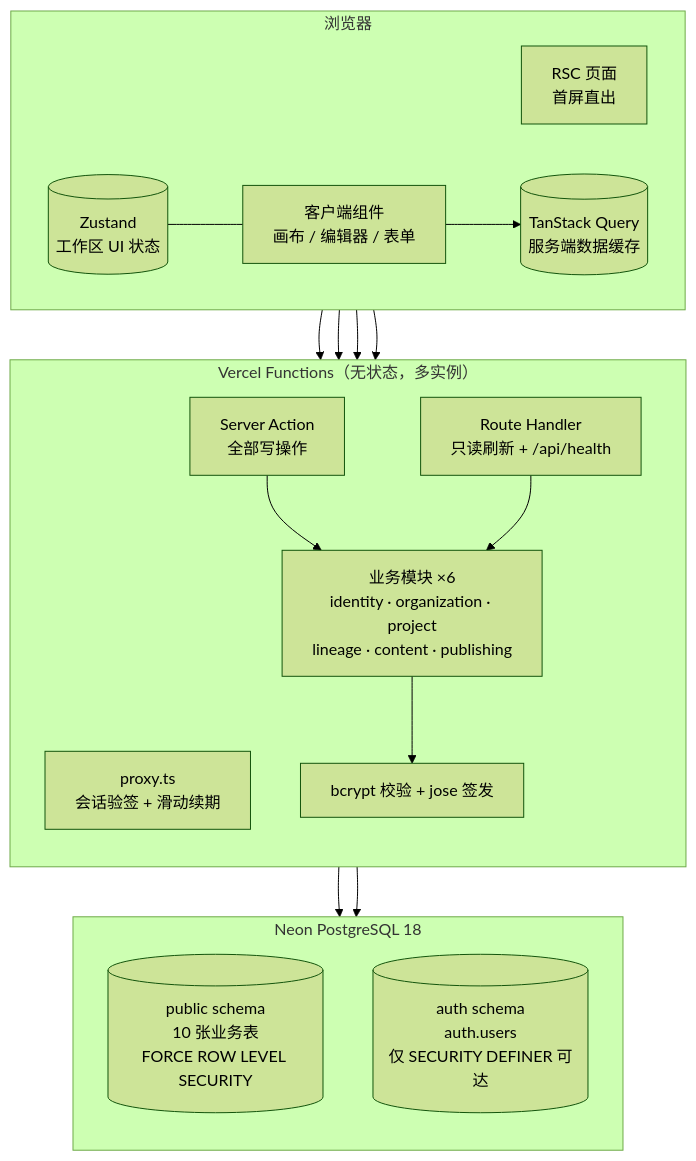
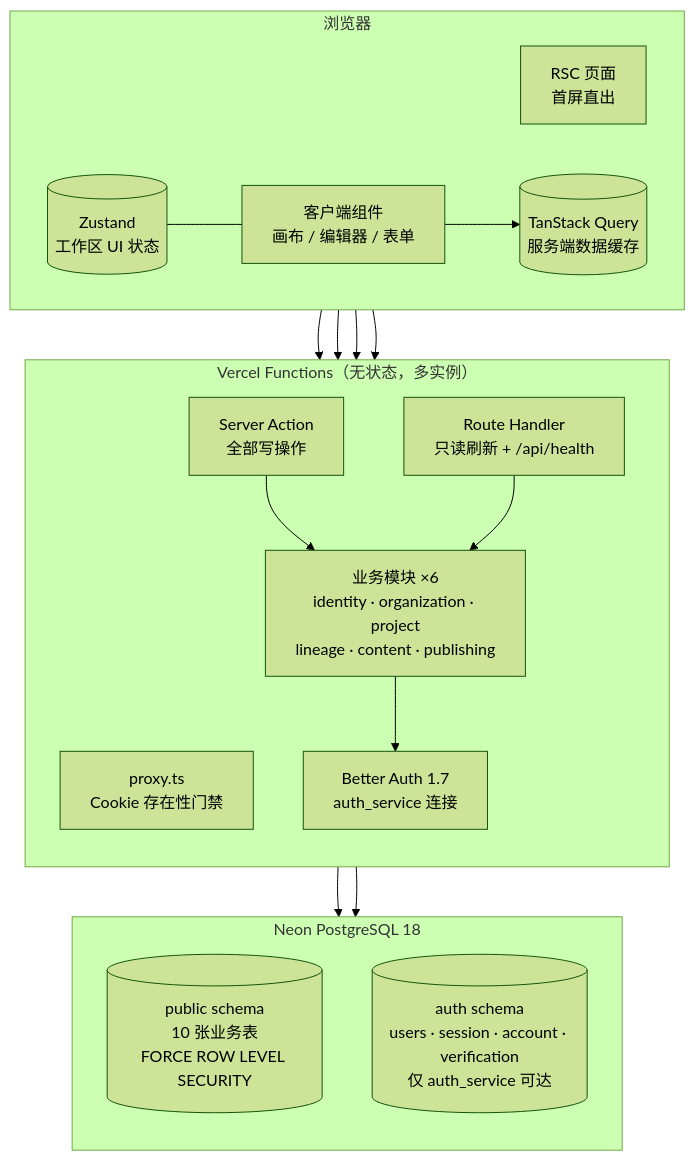
The diagram in docs/architecture/00-overview.md (bobo522487/gramps), drawn with Mermaid (forest theme) before and after one commit. The commit also changed other lines of this file and 20 other files, not shown here.

First line of the commit message:
docs(auth): 同步自托管 Better Auth 架构与运维文档

````diff
--- a/docs/architecture/00-overview.md
+++ b/docs/architecture/00-overview.md
@@ -40,37 +40,37 @@
 ```mermaid
 flowchart TB
   subgraph Browser["浏览器"]
     direction LR
     RSC["RSC 页面<br/>首屏直出"]
     CC["客户端组件<br/>画布 / 编辑器 / 表单"]
     TQ[("TanStack Query<br/>服务端数据缓存")]
     ZS[("Zustand<br/>工作区 UI 状态")]
   end
 
   subgraph Vercel["Vercel Functions（无状态，多实例）"]
     direction TB
-    PX["proxy.ts<br/>会话验签 + 滑动续期"]
+    PX["proxy.ts<br/>Cookie 存在性门禁"]
     ACT["Server Action<br/>全部写操作"]
     RH["Route Handler<br/>只读刷新 + /api/health"]
     MOD["业务模块 ×6<br/>identity · organization · project<br/>lineage · content · publishing"]
-    AUTHC["bcrypt 校验 + jose 签发"]
+    AUTHC["Better Auth 1.7<br/>auth_service 连接"]
   end
 
   subgraph Neon["Neon PostgreSQL 18"]
     direction TB
     PUB[("public schema<br/>10 张业务表<br/>FORCE ROW LEVEL SECURITY")]
-    AUTHS[("auth schema<br/>auth.users<br/>仅 SECURITY DEFINER 可达")]
+    AUTHS[("auth schema<br/>users · session · account · verification<br/>仅 auth_service 可达")]
   end
 
   RSC --> PX
   CC --> TQ
   CC --> ACT
   TQ --> RH
   RSC --> MOD
   ACT --> MOD
   RH --> MOD
   MOD --> AUTHC
   MOD --> PUB
   AUTHC --> AUTHS
   ZS --- CC
 ```
````
